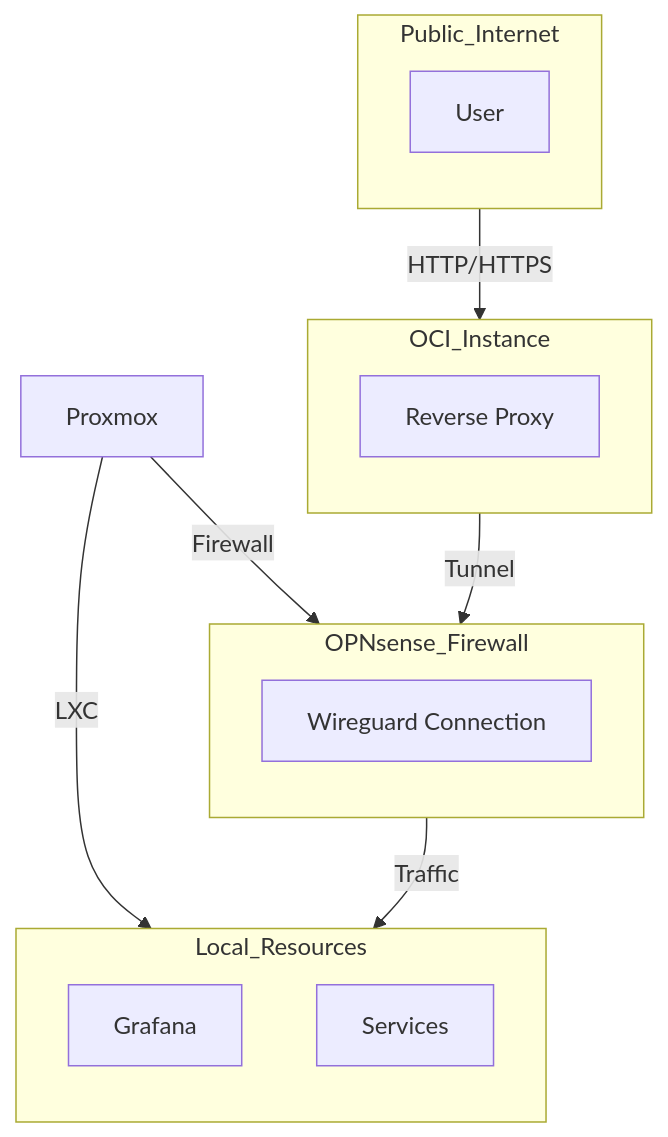
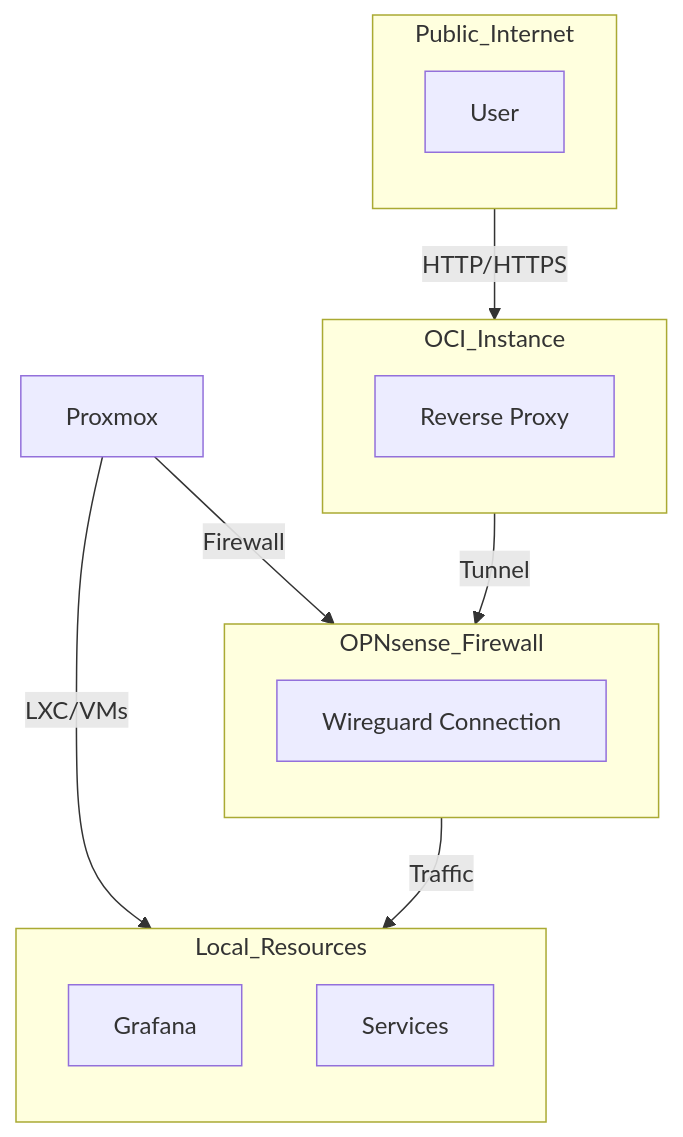
Before and after one commit to MarlonJMejia/MarlonJMejia.github.io: the diagram in Reverse_Proxy_mermaid.md, drawn with Mermaid.

````diff
--- a/Reverse_Proxy_mermaid.md
+++ b/Reverse_Proxy_mermaid.md
@@ -1,29 +1,29 @@
 ```mermaid
 graph TD
     subgraph Public_Internet
         direction TB
         User[User]
     end
 
     subgraph OCI_Instance
         direction TB
         Reverse_Proxy[Reverse Proxy]
     end
 
     subgraph OPNsense_Firewall
         direction TB
         Wireguard_Connection[Wireguard Connection]
     end
 
     subgraph Local_Resources
         direction TB
         Grafana[Grafana]
         Local_Website[Services]
     end
 
     User -->|HTTP/HTTPS| Reverse_Proxy
     Reverse_Proxy -->|Tunnel| Wireguard_Connection
     Wireguard_Connection -->|Traffic| Grafana
-    Proxmox -->|LXC| Local_Resources
+    Proxmox -->|LXC/VMs| Local_Resources
     Proxmox -->|Firewall| OPNsense_Firewall
 ```
````
